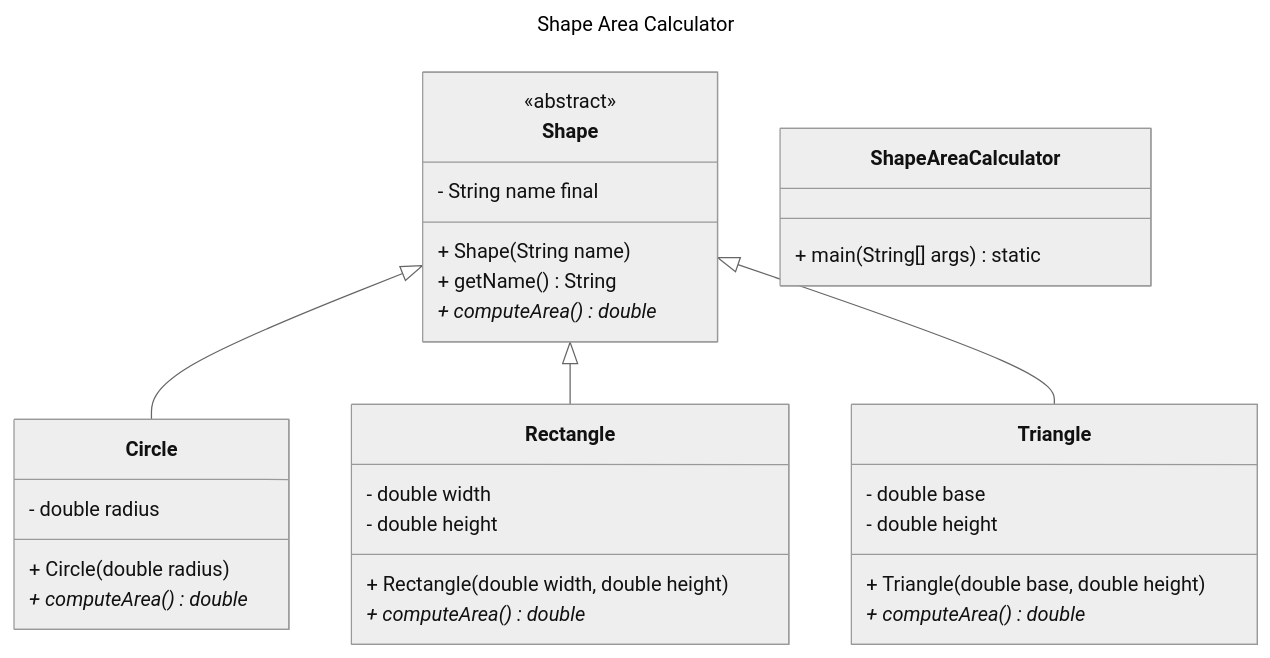
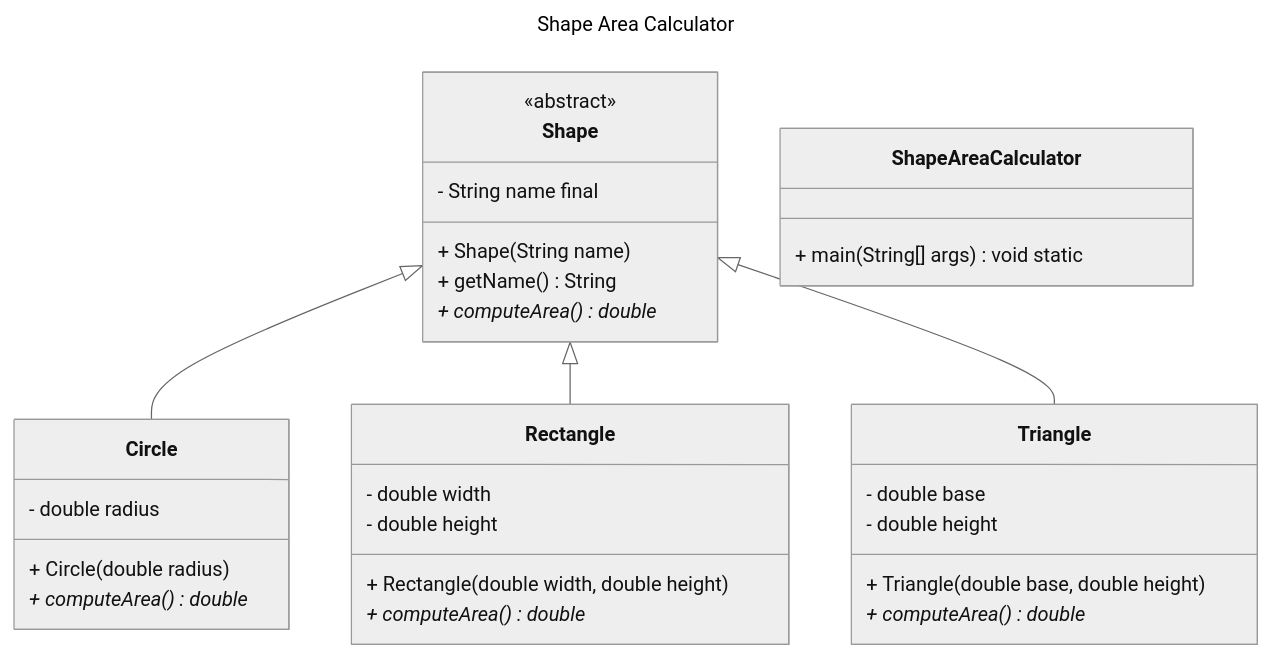
The diagram in OOP/2_Problems_Solving_Using_OOP/Easy/Shape_Area_Calculator/ClassDiagram_ShapeAreaCalculator.md (srimani-ravikumar/interview-prep), drawn with Mermaid (neutral theme) before and after one commit. The commit also changed 3 other files, not shown here.

Commit message:
code review and mermaid fine tuning

````diff
--- a/OOP/2_Problems_Solving_Using_OOP/Easy/Shape_Area_Calculator/ClassDiagram_ShapeAreaCalculator.md
+++ b/OOP/2_Problems_Solving_Using_OOP/Easy/Shape_Area_Calculator/ClassDiagram_ShapeAreaCalculator.md
@@ -1,37 +1,37 @@
 ```mermaid
 ---
 title: Shape Area Calculator
 ---
 classDiagram
 direction TB
     class Shape {
         - String name final
         + Shape(String name)
         + getName() String
         + computeArea() double*
     }
     class Circle {
         - double radius
         + Circle(double radius)
         + computeArea() double*
     }
     class Rectangle {
         - double width
         - double height
         + Rectangle(double width, double height)
         + computeArea() double*
     }
     class Triangle {
         - double base
         - double height
         + Triangle(double base, double height)
         + computeArea() double*
     }
     class ShapeAreaCalculator {
-        + main(String[] args) static
+        + main(String[] args) void static
     }
     <<abstract>> Shape
     Shape <|-- Circle
     Shape <|-- Rectangle
     Shape <|-- Triangle
 ```
````
